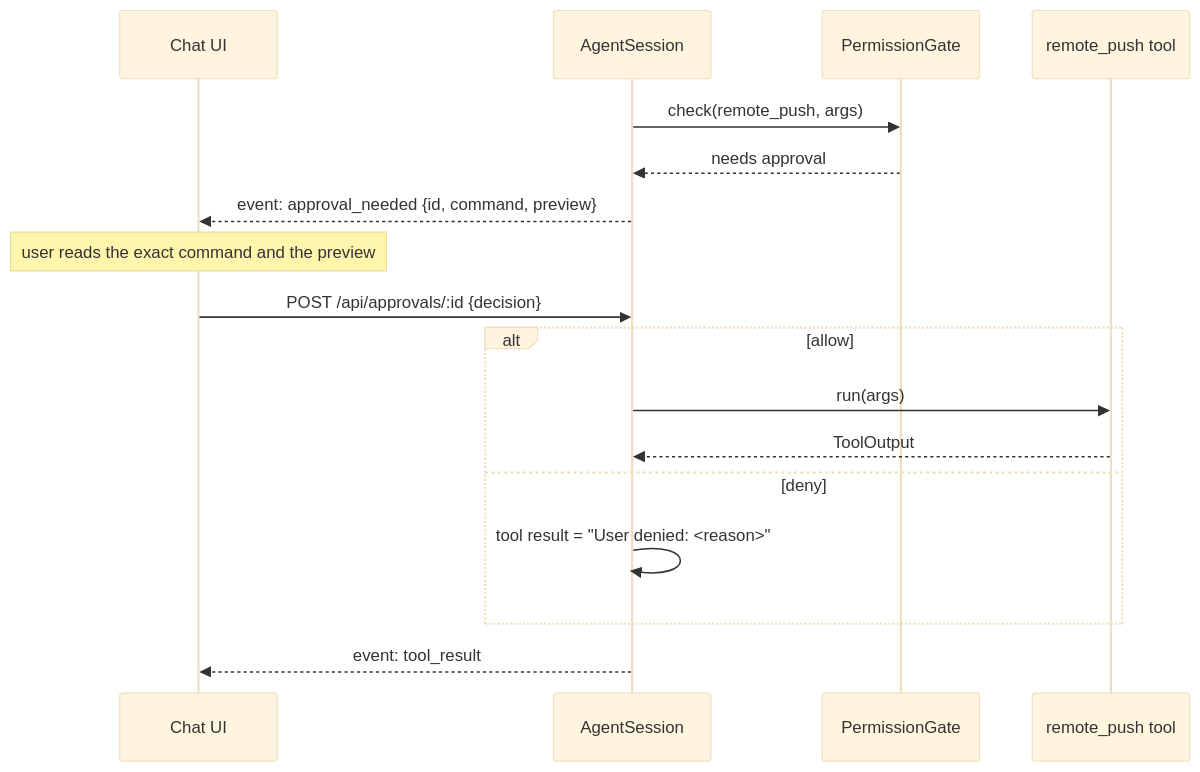
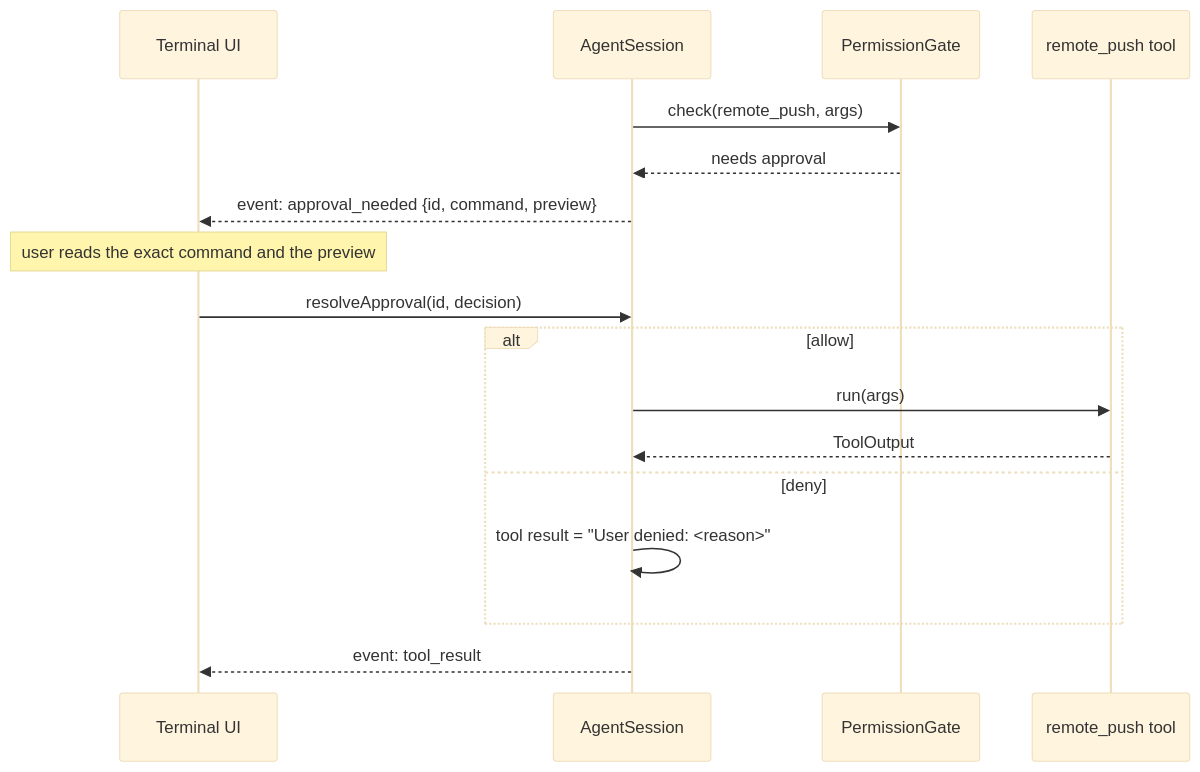
The fourth of 6 diagrams in design/agent/01-architecture.md (Ahmad-Faraj/polyman), drawn with Mermaid (base theme) before and after one commit. The commit also changed other lines of this file and 9 other files, not shown here.

First line of the commit message:
docs: switch the agent chat to a terminal UI

````diff
--- a/design/agent/01-architecture.md
+++ b/design/agent/01-architecture.md
@@ -189,20 +179,20 @@
 ```mermaid
 sequenceDiagram
-  participant U as Chat UI
+  participant U as Terminal UI
   participant A as AgentSession
   participant G as PermissionGate
   participant T as remote_push tool
 
   A->>G: check(remote_push, args)
   G-->>A: needs approval
   A-->>U: event: approval_needed {id, command, preview}
   Note over U: user reads the exact command and the preview
-  U->>A: POST /api/approvals/:id {decision}
+  U->>A: resolveApproval(id, decision)
   alt allow
     A->>T: run(args)
     T-->>A: ToolOutput
   else deny
     A->>A: tool result = "User denied: <reason>"
   end
   A-->>U: event: tool_result
 ```
````
